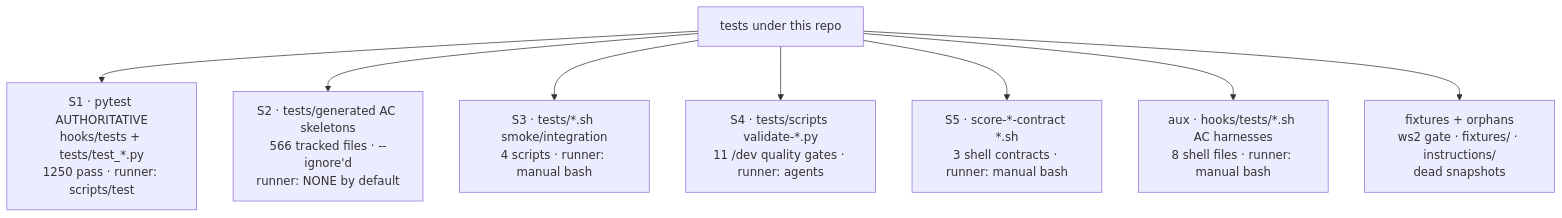
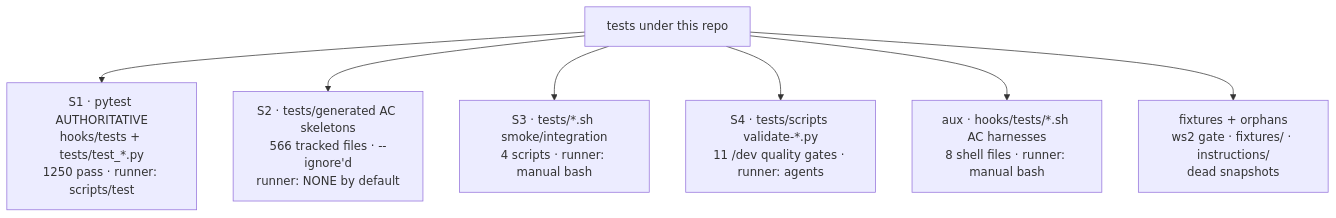
The diagram in tests/TESTING.md (Yugoge/awesome-claude-harness), drawn with Mermaid before and after one commit. The commit also changed other lines of this file and 54 other files, not shown here.

````diff
--- a/tests/TESTING.md
+++ b/tests/TESTING.md
@@ -29,10 +29,9 @@
 ```mermaid
 graph TD
     R["tests under this repo"] --> S1["S1 · pytest AUTHORITATIVE<br/>hooks/tests + tests/test_*.py<br/>1250 pass · runner: scripts/test"]
     R --> S2["S2 · tests/generated AC skeletons<br/>566 tracked files · --ignore'd<br/>runner: NONE by default"]
     R --> S3["S3 · tests/*.sh smoke/integration<br/>4 scripts · runner: manual bash"]
     R --> S4["S4 · tests/scripts validate-*.py<br/>11 /dev quality gates · runner: agents"]
-    R --> S5["S5 · score-*-contract *.sh<br/>3 shell contracts · runner: manual bash"]
     R --> AUX["aux · hooks/tests/*.sh AC harnesses<br/>8 shell files · runner: manual bash"]
     R --> ORPH["fixtures + orphans<br/>ws2 gate · fixtures/ · instructions/<br/>dead snapshots"]
 ```
````
